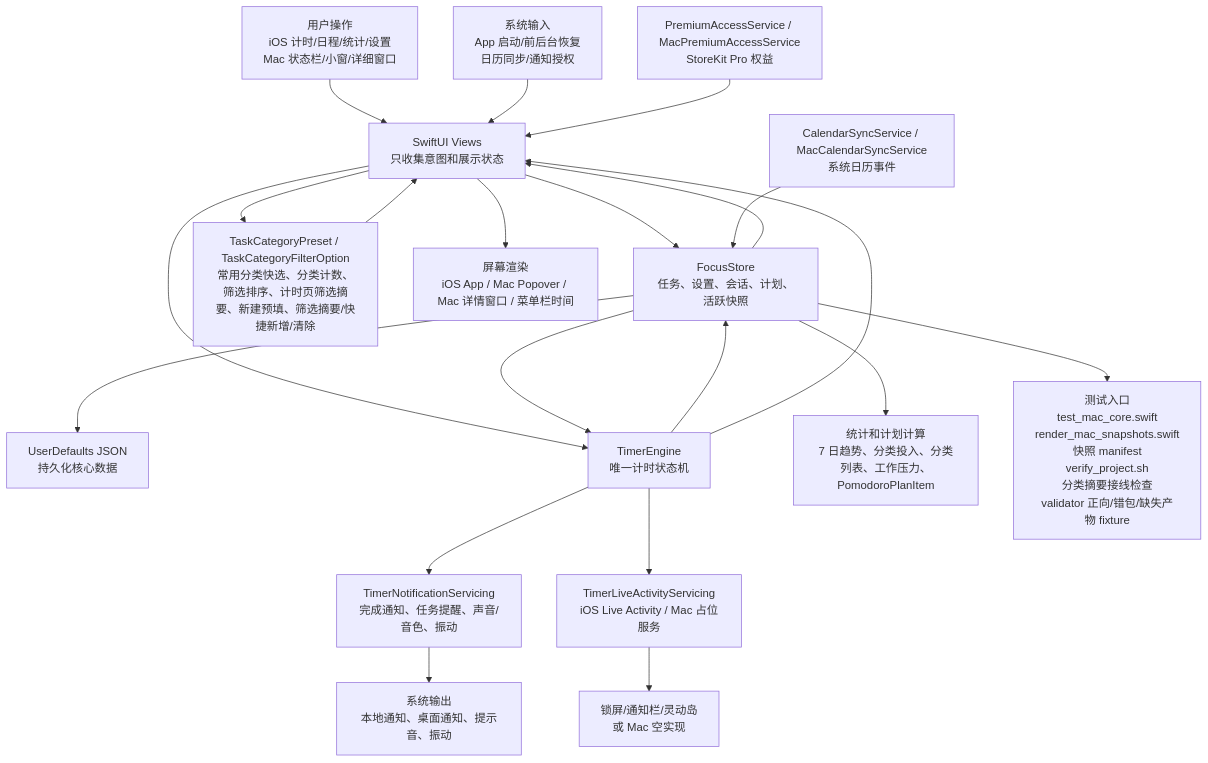
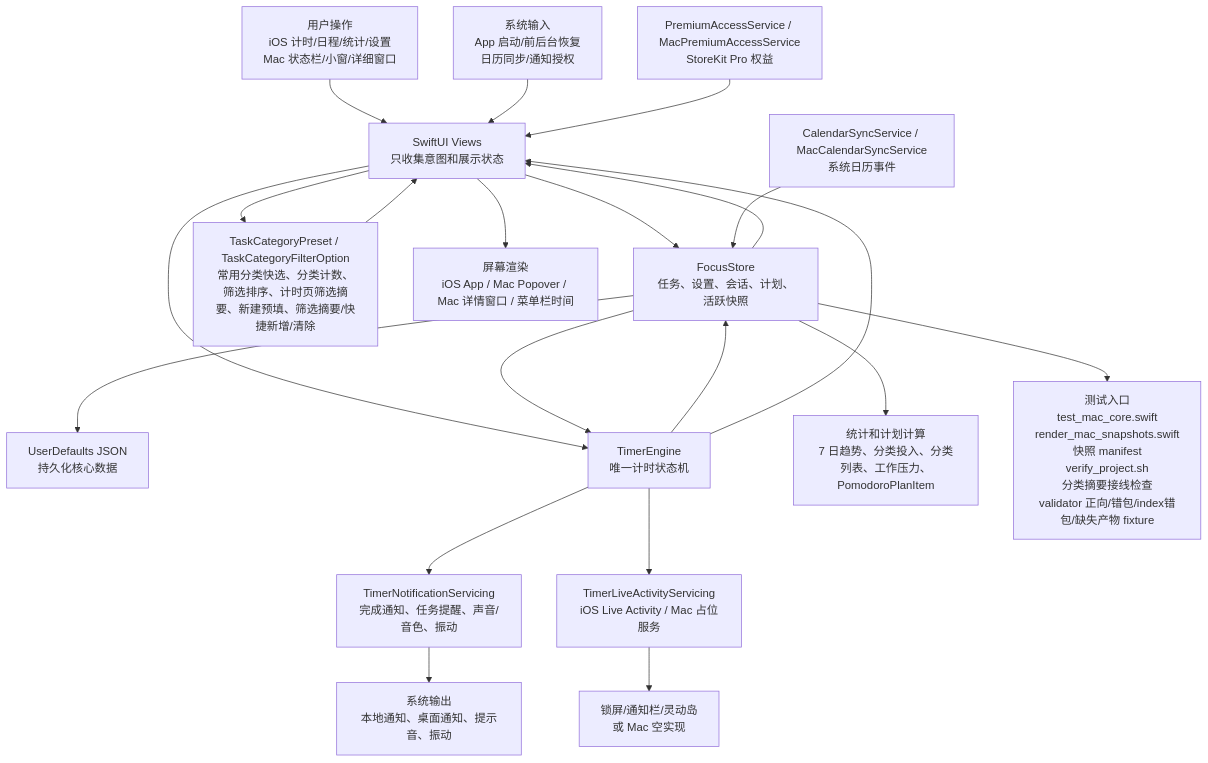
The first of 6 diagrams in md/flow/flowchart.md (Altman-sam114/114), drawn with Mermaid before and after one commit. The commit also changed 6 other files, not shown here.

````diff
--- a/md/flow/flowchart.md
+++ b/md/flow/flowchart.md
@@ -9,23 +9,23 @@
 ```mermaid
 flowchart TD
   U["用户操作<br/>iOS 计时/日程/统计/设置<br/>Mac 状态栏/小窗/详细窗口"] --> V["SwiftUI Views<br/>只收集意图和展示状态"]
   SYS["系统输入<br/>App 启动/前后台恢复<br/>日历同步/通知授权"] --> V
   V --> S["FocusStore<br/>任务、设置、会话、计划、活跃快照"]
   V --> CAT["TaskCategoryPreset / TaskCategoryFilterOption<br/>常用分类快选、分类计数、筛选排序、计时页筛选摘要、新建预填、筛选摘要/快捷新增/清除"]
   CAT --> V
   S --> P["UserDefaults JSON<br/>持久化核心数据"]
   V --> E["TimerEngine<br/>唯一计时状态机"]
   S --> E
   E --> S
   E --> N["TimerNotificationServicing<br/>完成通知、任务提醒、声音/音色、振动"]
   E --> L["TimerLiveActivityServicing<br/>iOS Live Activity / Mac 占位服务"]
   S --> C["统计和计划计算<br/>7 日趋势、分类投入、分类列表、工作压力、PomodoroPlanItem"]
   CAL["CalendarSyncService / MacCalendarSyncService<br/>系统日历事件"] --> S
   PRO["PremiumAccessService / MacPremiumAccessService<br/>StoreKit Pro 权益"] --> V
   S --> V
   E --> V
   V --> OUT["屏幕渲染<br/>iOS App / Mac Popover / Mac 详情窗口 / 菜单栏时间"]
   N --> OUT2["系统输出<br/>本地通知、桌面通知、提示音、振动"]
   L --> OUT3["锁屏/通知栏/灵动岛<br/>或 Mac 空实现"]
-  S --> T["测试入口<br/>test_mac_core.swift<br/>render_mac_snapshots.swift<br/>快照 manifest<br/>verify_project.sh<br/>分类摘要接线检查<br/>validator 正向/错包/缺失产物 fixture"]
+  S --> T["测试入口<br/>test_mac_core.swift<br/>render_mac_snapshots.swift<br/>快照 manifest<br/>verify_project.sh<br/>分类摘要接线检查<br/>validator 正向/错包/index错包/缺失产物 fixture"]
 ```
````
